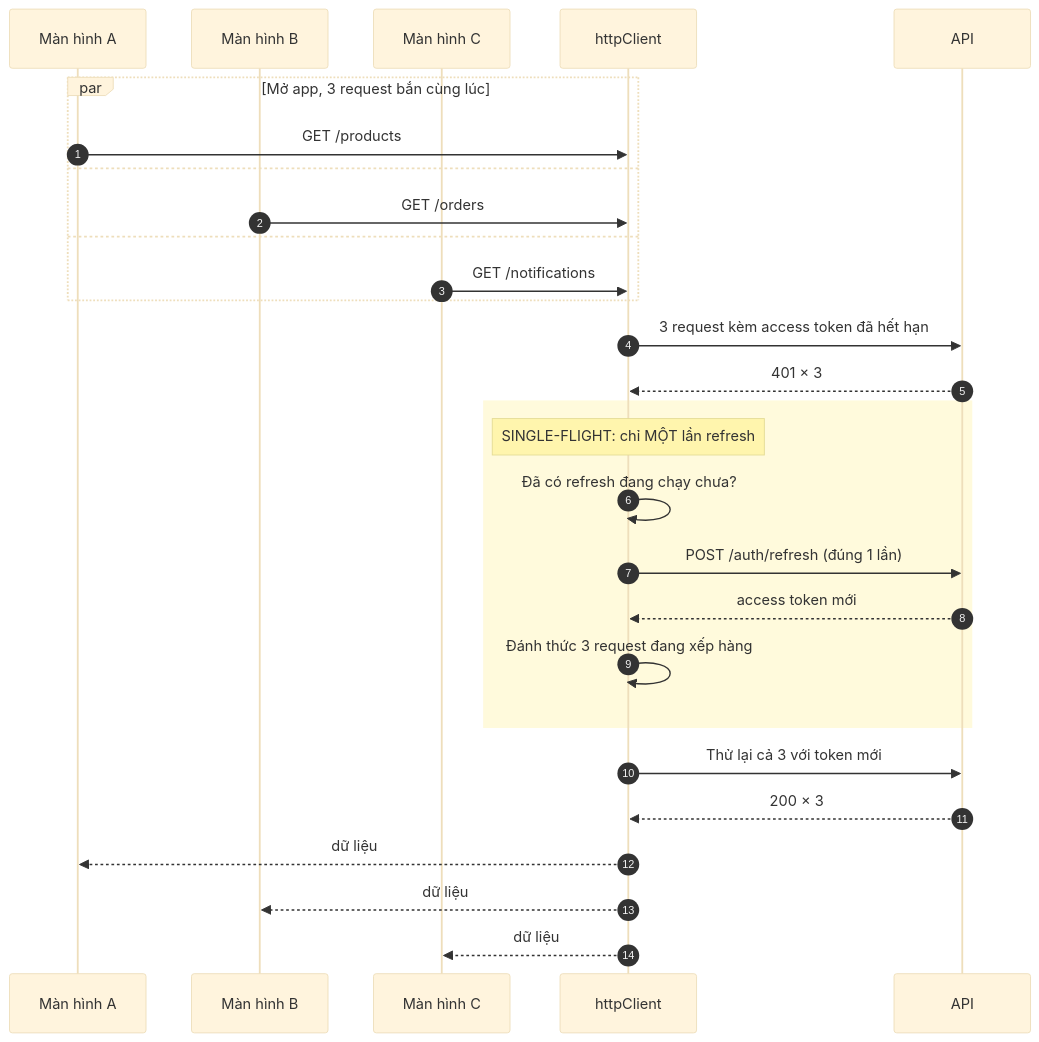
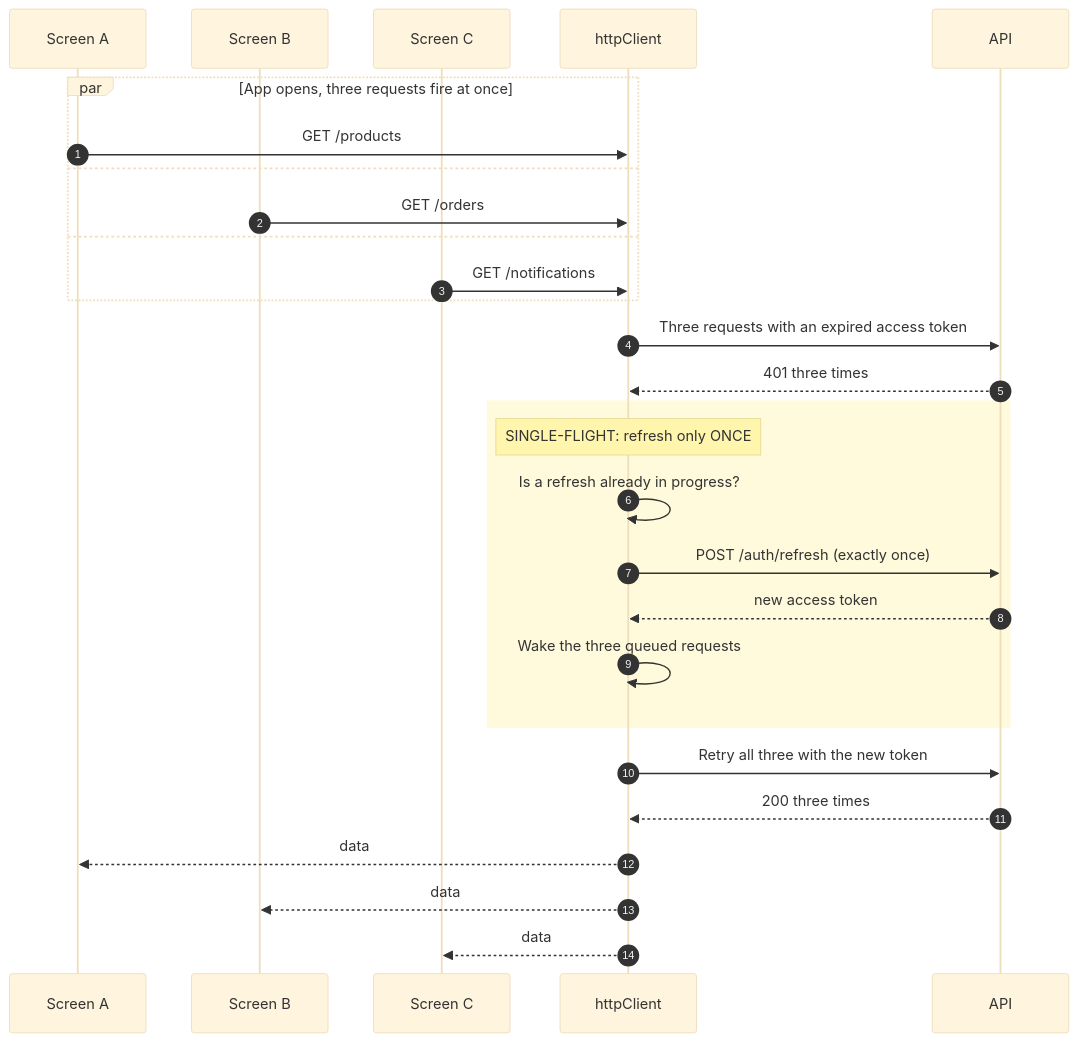
Before and after one commit to tdat-dev/Zoldify_Backend: diagram 13 of 18 in docs/system-design/2026-08-06-zoldify-diagrams.md, drawn with Mermaid (base theme). The commit also changed other lines of this file, not shown here.

````diff
--- a/docs/system-design/2026-08-06-zoldify-diagrams.md
+++ b/docs/system-design/2026-08-06-zoldify-diagrams.md
@@ -581,34 +595,34 @@
 ```mermaid
 sequenceDiagram
     autonumber
-    participant S1 as Màn hình A
-    participant S2 as Màn hình B
-    participant S3 as Màn hình C
+    participant S1 as Screen A
+    participant S2 as Screen B
+    participant S3 as Screen C
     participant H as httpClient
     participant API as API
 
-    par Mở app, 3 request bắn cùng lúc
+    par App opens, three requests fire at once
         S1->>H: GET /products
     and
         S2->>H: GET /orders
     and
         S3->>H: GET /notifications
     end
 
-    H->>API: 3 request kèm access token đã hết hạn
-    API-->>H: 401 × 3
+    H->>API: Three requests with an expired access token
+    API-->>H: 401 three times
 
     rect rgb(255, 250, 220)
-        note over H: SINGLE-FLIGHT: chỉ MỘT lần refresh
-        H->>H: Đã có refresh đang chạy chưa?
-        H->>API: POST /auth/refresh (đúng 1 lần)
-        API-->>H: access token mới
-        H->>H: Đánh thức 3 request đang xếp hàng
+        note over H: SINGLE-FLIGHT: refresh only ONCE
+        H->>H: Is a refresh already in progress?
+        H->>API: POST /auth/refresh (exactly once)
+        API-->>H: new access token
+        H->>H: Wake the three queued requests
     end
 
-    H->>API: Thử lại cả 3 với token mới
-    API-->>H: 200 × 3
-    H-->>S1: dữ liệu
-    H-->>S2: dữ liệu
-    H-->>S3: dữ liệu
+    H->>API: Retry all three with the new token
+    API-->>H: 200 three times
+    H-->>S1: data
+    H-->>S2: data
+    H-->>S3: data
 ```
````
